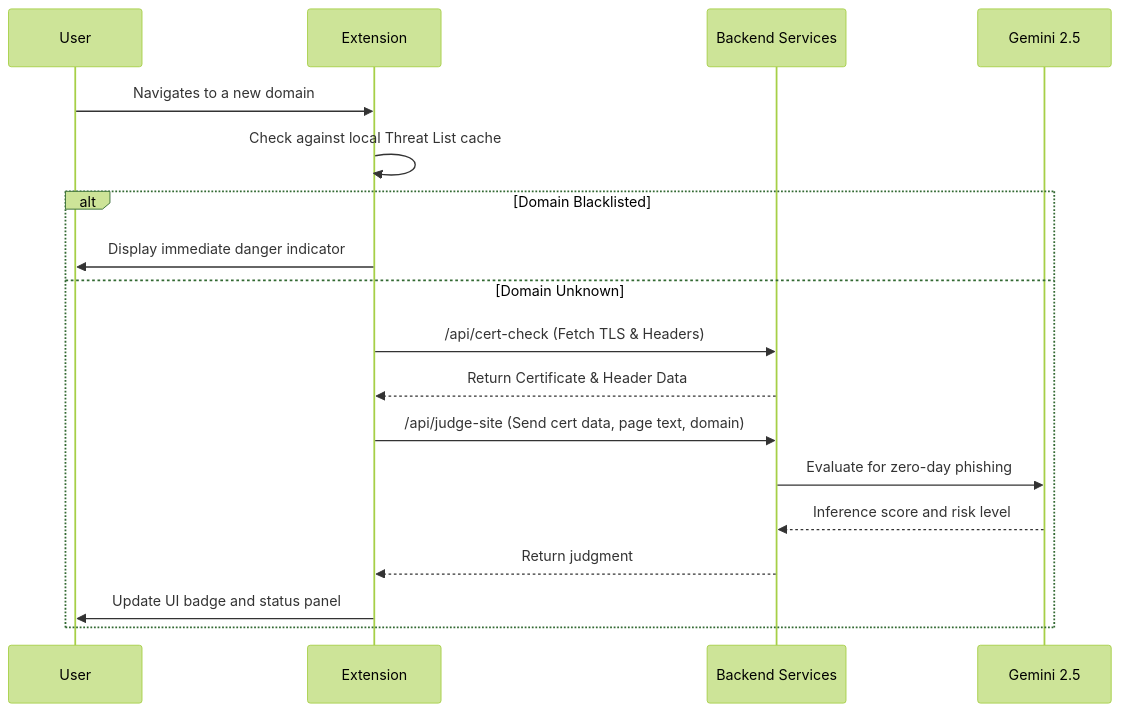
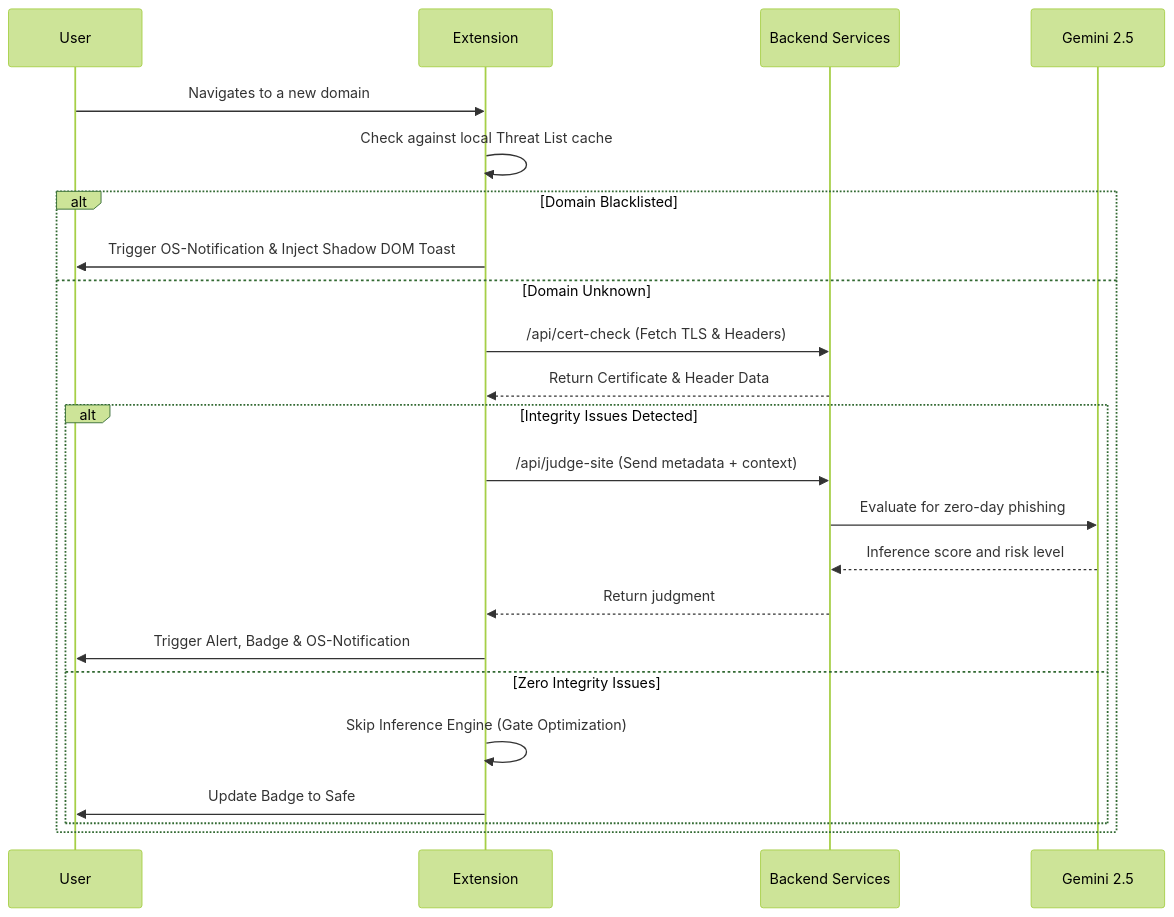
One commit to abhayshaw1601/AURA changed the second of 4 diagrams in README.md. Above: the diagram before and after it, drawn with Mermaid (forest theme). The commit also changed other lines of this file, not shown here.

````diff
--- a/README.md
+++ b/README.md
@@ -78,21 +79,26 @@
 ```mermaid
 sequenceDiagram
     participant User
     participant Ext as Extension
     participant API as Backend Services
     participant AI as Gemini 2.5
 
     User->>Ext: Navigates to a new domain
     Ext->>Ext: Check against local Threat List cache
     alt Domain Blacklisted
-        Ext->>User: Display immediate danger indicator
+        Ext->>User: Trigger OS-Notification & Inject Shadow DOM Toast
     else Domain Unknown
         Ext->>API: /api/cert-check (Fetch TLS & Headers)
         API-->>Ext: Return Certificate & Header Data
-        Ext->>API: /api/judge-site (Send cert data, page text, domain)
-        API->>AI: Evaluate for zero-day phishing
-        AI-->>API: Inference score and risk level
-        API-->>Ext: Return judgment
-        Ext->>User: Update UI badge and status panel
+        alt Integrity Issues Detected
+            Ext->>API: /api/judge-site (Send metadata + context)
+            API->>AI: Evaluate for zero-day phishing
+            AI-->>API: Inference score and risk level
+            API-->>Ext: Return judgment
+            Ext->>User: Trigger Alert, Badge & OS-Notification
+        else Zero Integrity Issues
+            Ext->>Ext: Skip Inference Engine (Gate Optimization)
+            Ext->>User: Update Badge to Safe
+        end
     end
 ```
````
